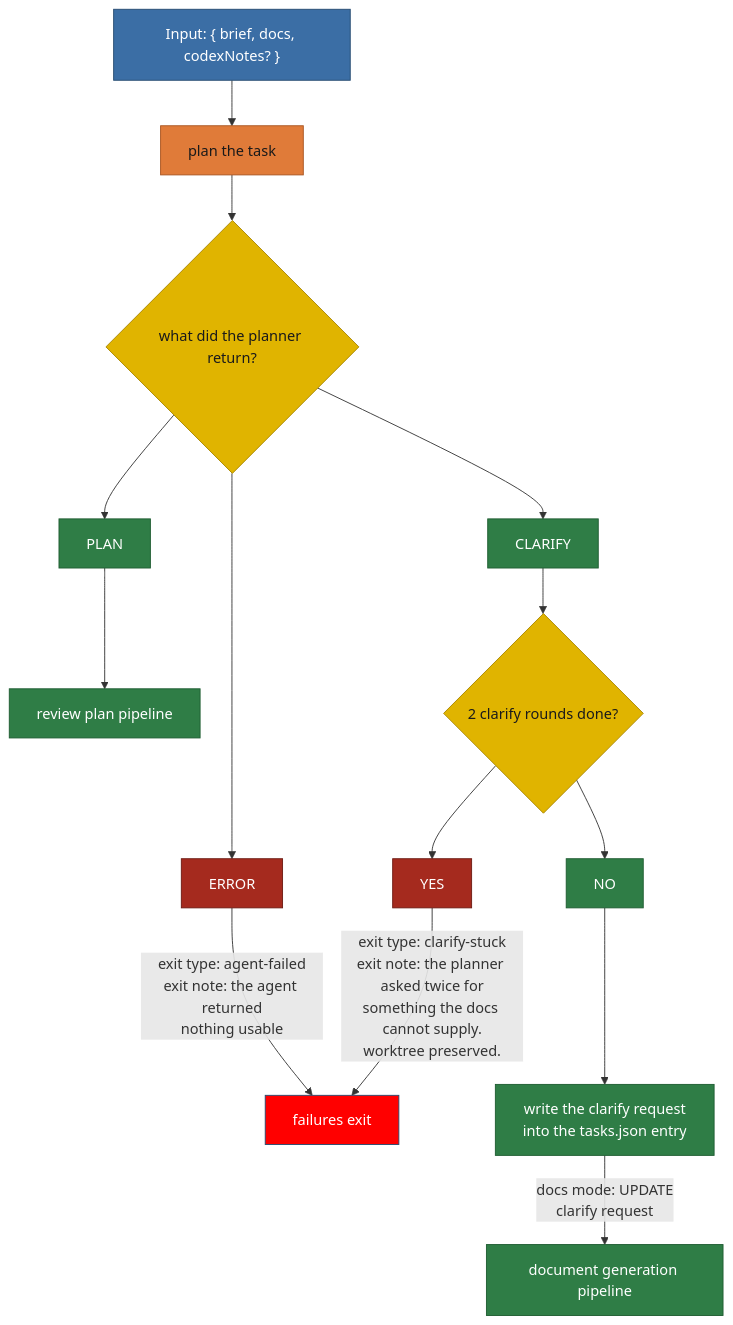
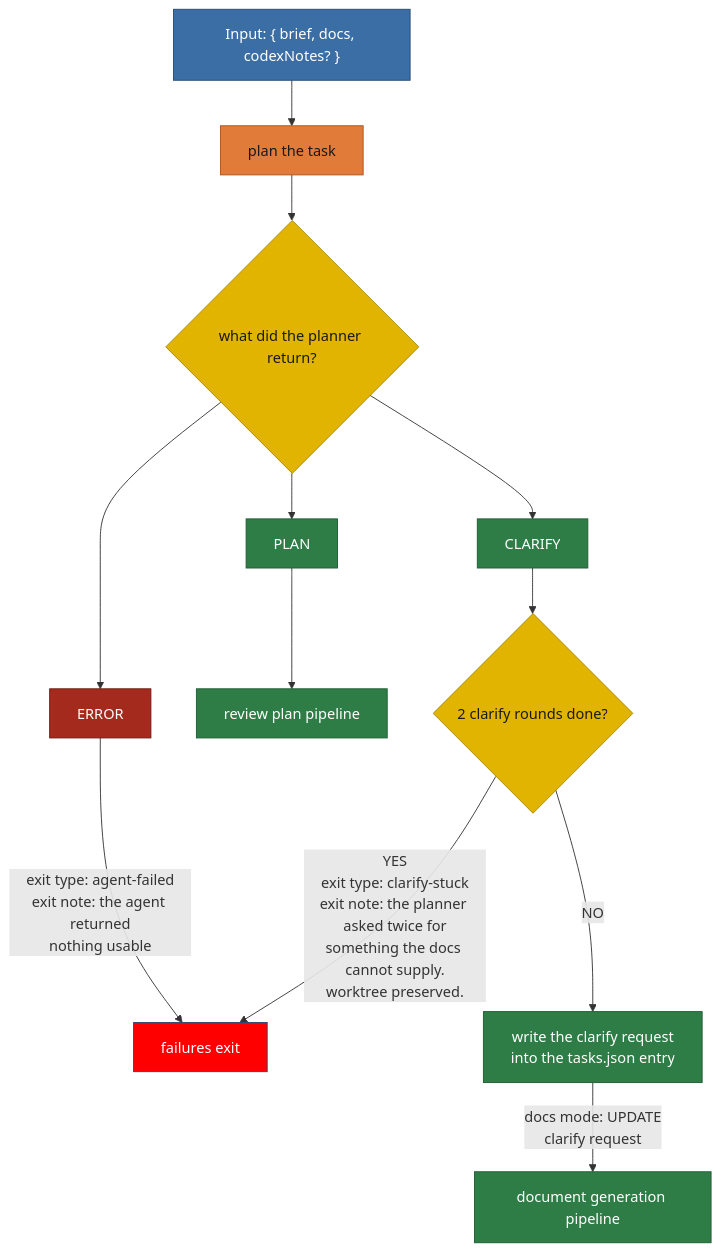
One commit to matkatmusic/taskTools changed the diagram in plans/diagram/pipeline-plan.mmd. Above: the diagram before and after it, drawn with Mermaid. The commit also changed 12 other files, not shown here.

Commit message:
changed YES/NO blocks to be labels in diagrams

```diff
--- a/plans/diagram/pipeline-plan.mmd
+++ b/plans/diagram/pipeline-plan.mmd
@@ -1,58 +1,56 @@
 flowchart TB
 %% PLAN PIPELINE. Split from pipeline-planning.mmd.
 %% ---
 %% Input: a task entry and the auto generated docs.
 %% ---
 %% One job: turn the tasks.json entry into a plan file.
 %% ---
 %% CLARIFY is capped at 2 rounds, counted within this run only.
 %% ---
 %% The clarify request is written into the tasks.json entry first.
 %% ---
 %% Without it, document generation cannot know what to rebuild.
 %% ---
 %% A script that fails operationally exits the run as run-failed.
 %% ---
 %% Exit types this pipeline can produce:
 %% ---
 %% agent-failed - an agent returned nothing usable
 %% ---
 %% clarify-stuck - the planner asked twice for what the docs cannot supply
 
   DOCS_INPUT["Input: { brief, docs, codexNotes? }"] --> PLAN_THE_TASK
   PLAN_THE_TASK["plan the task"] --> WHAT_DID_THE_PLANNER_RETURN{"what did the planner return?"}
   WHAT_DID_THE_PLANNER_RETURN --> PLANNER_RETURNED_PLAN["PLAN"]
   WHAT_DID_THE_PLANNER_RETURN --> PLANNER_RETURNED_CLARIFY["CLARIFY"]
   WHAT_DID_THE_PLANNER_RETURN --> PLANNER_RETURNED_ERROR["ERROR"]
 
   PLANNER_RETURNED_PLAN --> REVIEW_PLAN_PIPELINE["review plan pipeline"]
   PLANNER_RETURNED_ERROR -- "exit type: agent-failed<br/>exit note: the agent returned<br/>nothing usable" --> EXIT_WORKFLOW_PLAN
 
   PLANNER_RETURNED_CLARIFY --> ARE_2_CLARIFY_ROUNDS_DONE{"2 clarify rounds done?"}
-  ARE_2_CLARIFY_ROUNDS_DONE --> ARE_2_CLARIFY_ROUNDS_DONE_NO["NO"]
-  ARE_2_CLARIFY_ROUNDS_DONE --> ARE_2_CLARIFY_ROUNDS_DONE_YES["YES"]
-  ARE_2_CLARIFY_ROUNDS_DONE_NO --> WRITE_CLARIFY_REQUEST["write the clarify request<br/>into the tasks.json entry"]
+  ARE_2_CLARIFY_ROUNDS_DONE -->|NO| WRITE_CLARIFY_REQUEST["write the clarify request<br/>into the tasks.json entry"]
+  ARE_2_CLARIFY_ROUNDS_DONE -- "YES<br/>exit type: clarify-stuck<br/>exit note: the planner asked twice for<br/>something the docs cannot supply.<br/>worktree preserved." --> EXIT_WORKFLOW_PLAN
   WRITE_CLARIFY_REQUEST -- "docs mode: UPDATE<br/>clarify request" --> DOCUMENT_GENERATION_PIPELINE["document generation pipeline"]
-  ARE_2_CLARIFY_ROUNDS_DONE_YES -- "exit type: clarify-stuck<br/>exit note: the planner asked twice for<br/>something the docs cannot supply.<br/>worktree preserved." --> EXIT_WORKFLOW_PLAN
 
   EXIT_WORKFLOW_PLAN["failures exit"]
 
   %% Green heads for the next pipeline.
   %% ---
   %% Red ends in an exit.
   classDef pipeline fill:#2f7d46,stroke:#1e5c31,color:#ffffff
   classDef script fill:#2f7d46,stroke:#1e5c31,color:#ffffff
   classDef agent fill:#e07b39,stroke:#a8541f,color:#1a1a1a
   classDef decision fill:#e0b400,stroke:#a88600,color:#1a1a1a
   classDef output fill:#3b6ea5,stroke:#254a70,color:#ffffff
   classDef fail fill:red,stroke:#254a70,color:#ffffff
   classDef pass fill:#2f7d46,stroke:#1e5c31,color:#ffffff
   classDef nopass fill:#a52a1e,stroke:#6d1a12,color:#ffffff
   class WHAT_DID_THE_PLANNER_RETURN,ARE_2_CLARIFY_ROUNDS_DONE decision
   class PLAN_THE_TASK agent
   class WRITE_CLARIFY_REQUEST script
   class REVIEW_PLAN_PIPELINE,DOCUMENT_GENERATION_PIPELINE pipeline
-  class PLANNER_RETURNED_PLAN,PLANNER_RETURNED_CLARIFY,ARE_2_CLARIFY_ROUNDS_DONE_NO pass
-  class PLANNER_RETURNED_ERROR,ARE_2_CLARIFY_ROUNDS_DONE_YES nopass
+  class PLANNER_RETURNED_PLAN,PLANNER_RETURNED_CLARIFY pass
+  class PLANNER_RETURNED_ERROR nopass
   class EXIT_WORKFLOW_PLAN fail
   class DOCS_INPUT output
```
